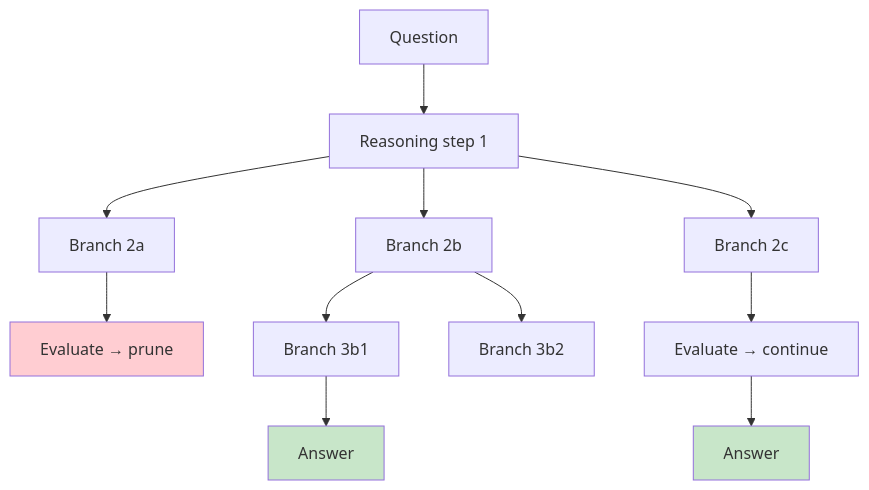
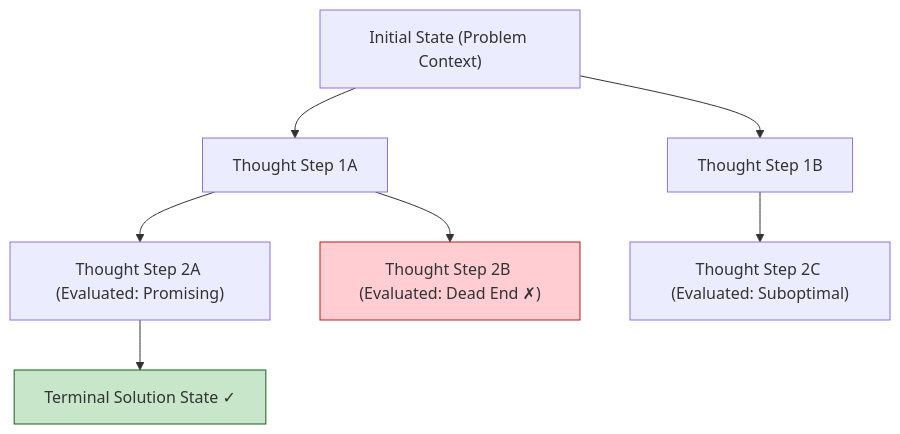
The second of 7 diagrams in en/chapters/08-reasoning.md (yingwang/thinking-in-llm), drawn with Mermaid before and after one commit. The commit also changed other lines of this file and 31 other files, not shown here.

````diff
--- a/en/chapters/08-reasoning.md
+++ b/en/chapters/08-reasoning.md
@@ -150,17 +115,15 @@
 ```mermaid
 graph TD
-    Q["Question"] --> S1["Reasoning step 1"]
-    S1 --> S2a["Branch 2a"]
-    S1 --> S2b["Branch 2b"]
-    S1 --> S2c["Branch 2c"]
-    S2a --> Eval1["Evaluate → prune"]
-    S2b --> S3b1["Branch 3b1"]
-    S2b --> S3b2["Branch 3b2"]
-    S2c --> Eval2["Evaluate → continue"]
-    S3b1 --> Final1["Answer"]
-    Eval2 --> Final2["Answer"]
-
-    style Eval1 fill:#ffcdd2
-    style Final1 fill:#c8e6c9
-    style Final2 fill:#c8e6c9
+    Root["Initial State (Problem Context)"] --> S1["Thought Step 1A"]
+    Root --> S2["Thought Step 1B"]
+    
+    S1 --> S11["Thought Step 2A (Evaluated: Promising)"]
+    S1 --> S12["Thought Step 2B (Evaluated: Dead End ✗)"]
+    
+    S2 --> S21["Thought Step 2C (Evaluated: Suboptimal)"]
+    
+    S11 --> Sol["Terminal Solution State ✓"]
+    
+    style S12 fill:#ffcdd2,stroke:#b71c1c
+    style Sol fill:#c8e6c9,stroke:#1b5e20
 ```
````
